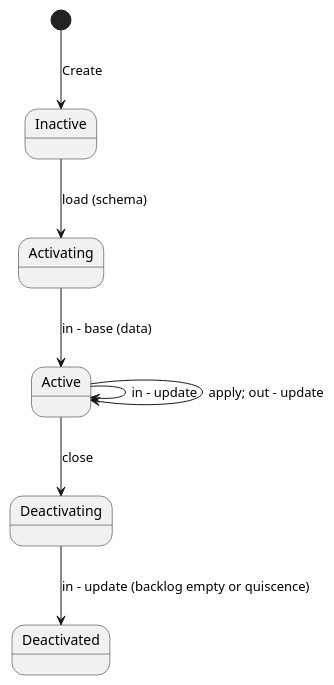
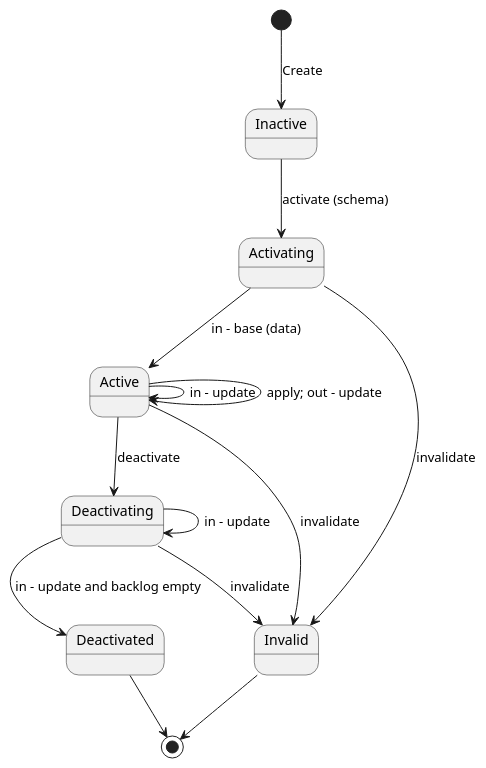
The diagram in doc/replica.puml (davidlinner/march), drawn with PlantUML before and after one commit. The commit also changed 107 other files, not shown here.

```diff
--- a/doc/replica.puml
+++ b/doc/replica.puml
@@ -1,10 +1,18 @@
 @startuml
 
 [*] --> Inactive: Create
-Inactive --> Activating: load (schema)
+Inactive --> Activating: activate (schema)
 Activating --> Active: in - base (data)
+Activating --> Invalid: invalidate
 Active --> Active: in - update
 Active --> Active: apply; out - update
-Active --> Deactivating: close
-Deactivating --> Deactivated: in - update (backlog empty or quiscence)
+Active --> Deactivating: deactivate
+Active --> Invalid: invalidate
+Deactivating --> Deactivating: in - update
+Deactivating --> Deactivated: in - update and backlog empty
+Deactivating --> Invalid: invalidate
+
+Deactivated --> [*]
+Invalid --> [*]
+
 @enduml
```
